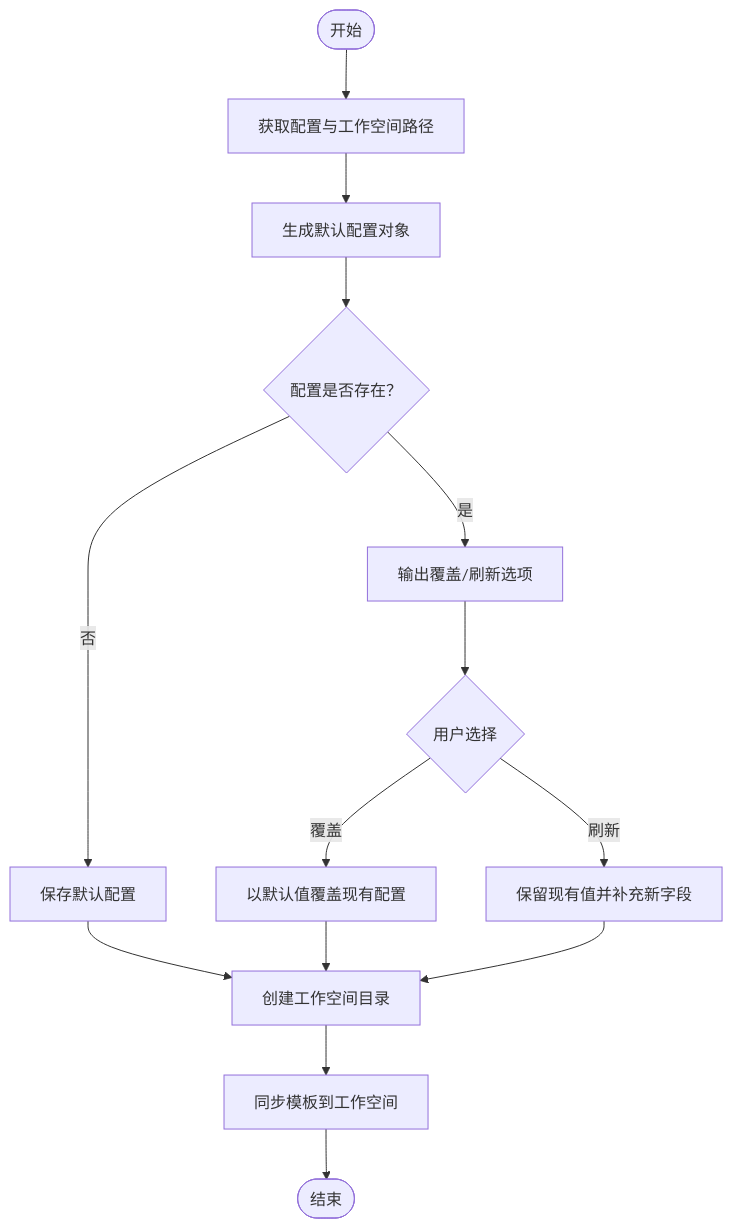
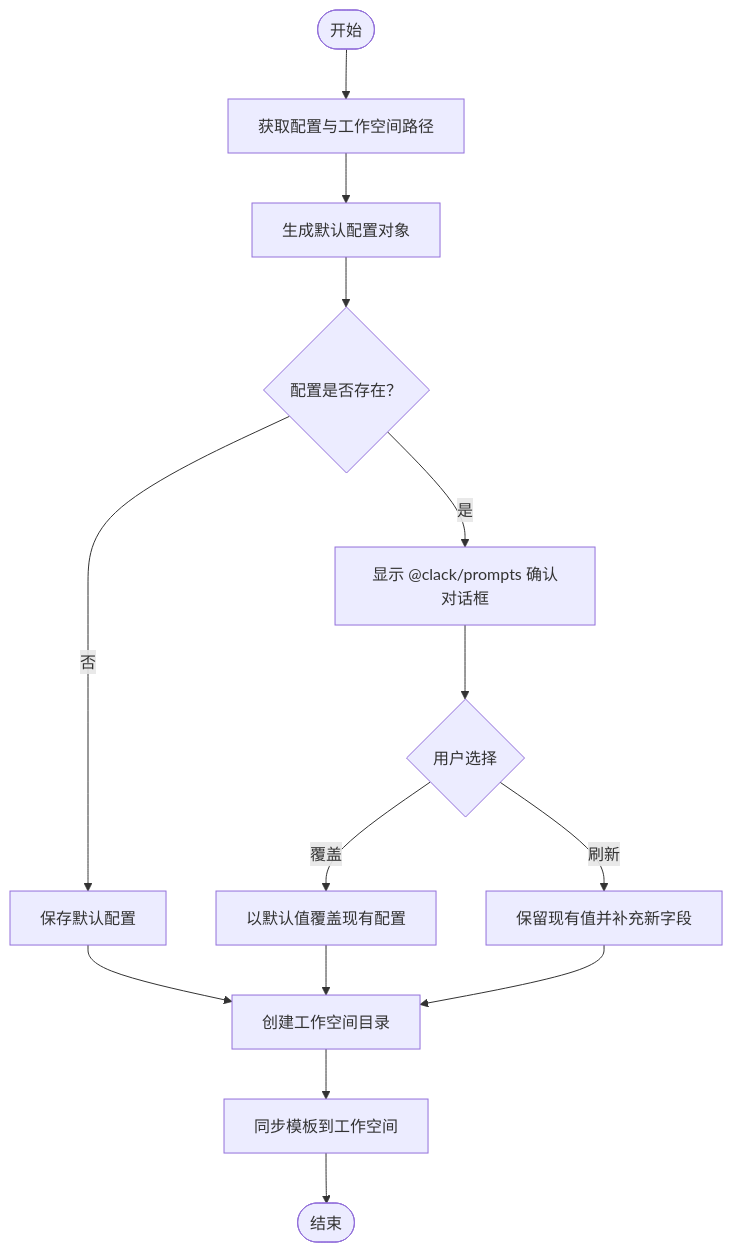
One commit to neciszhang/batbot changed the third of 4 diagrams in .qoder/repowiki/zh/content/命令参考手册/初始化命令 (onboard).md. Above: the diagram before and after it, drawn with Mermaid. The commit also changed other lines of this file and 7 other files, not shown here.

````diff
--- a/.qoder/repowiki/zh/content/命令参考手册/初始化命令 (onboard).md
+++ b/.qoder/repowiki/zh/content/命令参考手册/初始化命令 (onboard).md
@@ -142,16 +157,16 @@
 ```mermaid
 flowchart TD
 Start(["开始"]) --> GetPaths["获取配置与工作空间路径"]
 GetPaths --> GenDefault["生成默认配置对象"]
 GenDefault --> Exists{"配置是否存在？"}
-Exists --> |是| Prompt["输出覆盖/刷新选项"]
+Exists --> |是| ShowDialog["显示 @clack/prompts 确认对话框"]
 Exists --> |否| SaveCfg["保存默认配置"]
-Prompt --> Decide{"用户选择"}
-Decide --> |覆盖| Overwrite["以默认值覆盖现有配置"]
-Decide --> |刷新| Refresh["保留现有值并补充新字段"]
+ShowDialog --> UserChoice{"用户选择"}
+UserChoice --> |覆盖| Overwrite["以默认值覆盖现有配置"]
+UserChoice --> |刷新| Refresh["保留现有值并补充新字段"]
 SaveCfg --> Mkdir["创建工作空间目录"]
 Overwrite --> Mkdir
 Refresh --> Mkdir
 Mkdir --> SyncTpl["同步模板到工作空间"]
 SyncTpl --> Done(["结束"])
 ```
````
